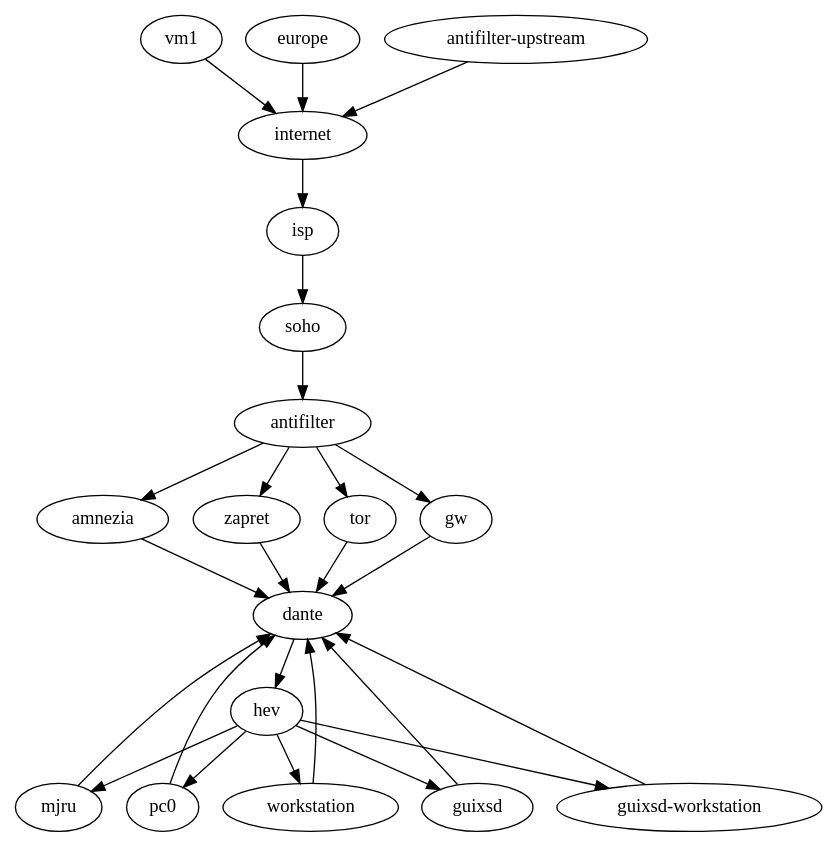
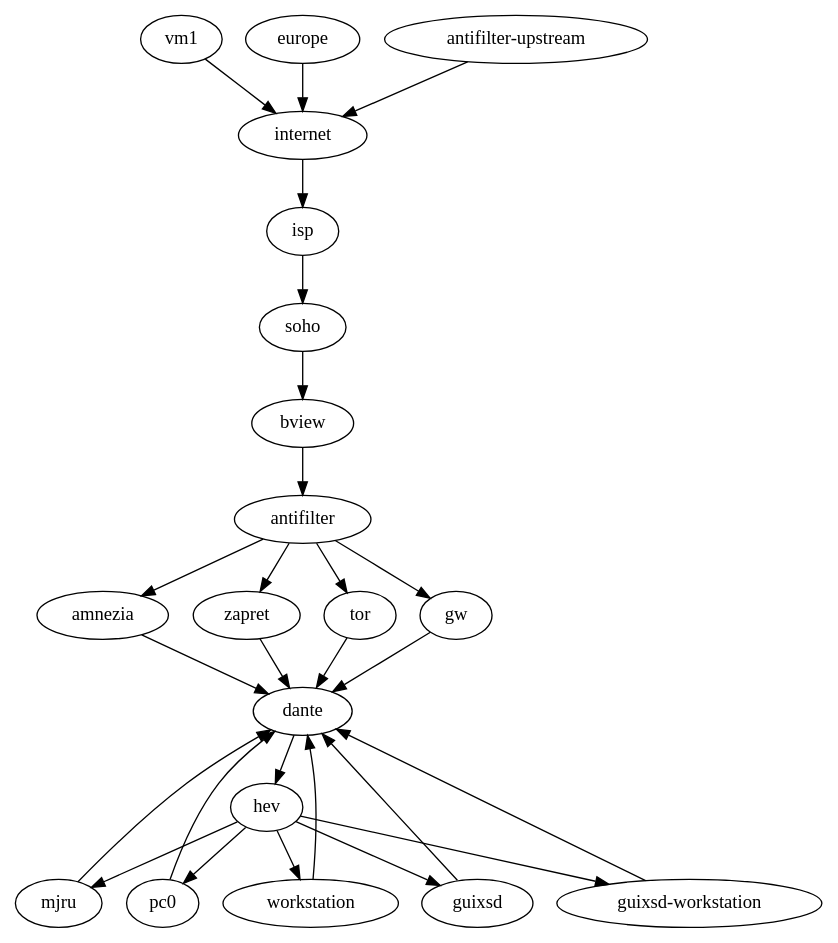
The diagram in src/graphviz/networking.dot (kitnil/dotfiles), drawn with Graphviz before and after one commit.

Commit message:
graphviz: networking: Add bview.

```diff
--- a/src/graphviz/networking.dot
+++ b/src/graphviz/networking.dot
@@ -1,8 +1,8 @@
 digraph {
-    { vm1 europe "antifilter-upstream" } -> internet -> isp -> soho -> antifilter -> { amnezia zapret tor gw } -> dante -> hev -> { mjru pc0 workstation guixsd "guixsd-workstation" }
+    { vm1 europe "antifilter-upstream" } -> internet -> isp -> soho -> bview -> antifilter -> { amnezia zapret tor gw } -> dante -> hev -> { mjru pc0 workstation guixsd "guixsd-workstation" }
     mjru -> dante
     pc0 -> dante
     workstation -> dante
     guixsd -> dante
     "guixsd-workstation" -> dante
 }
```
